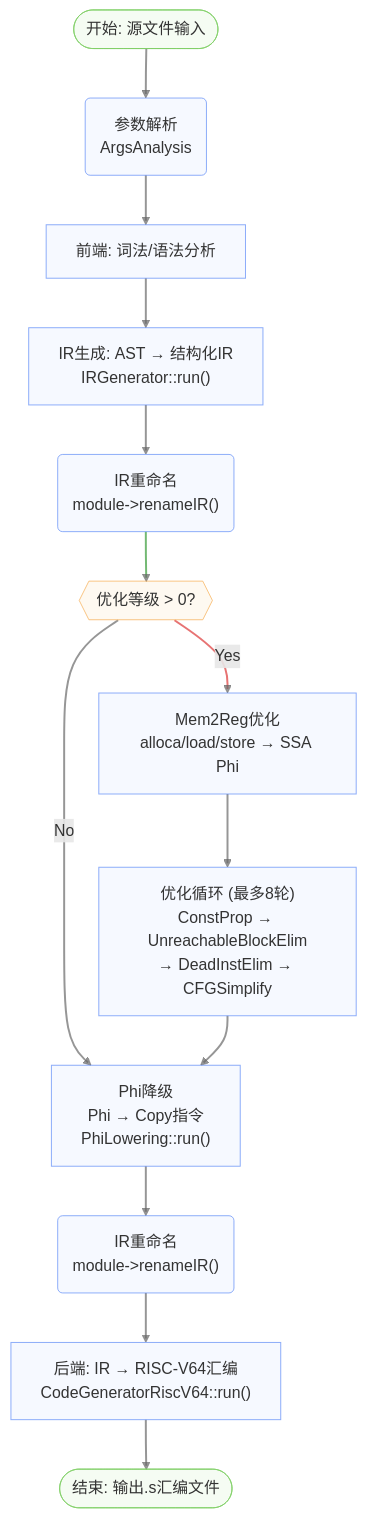
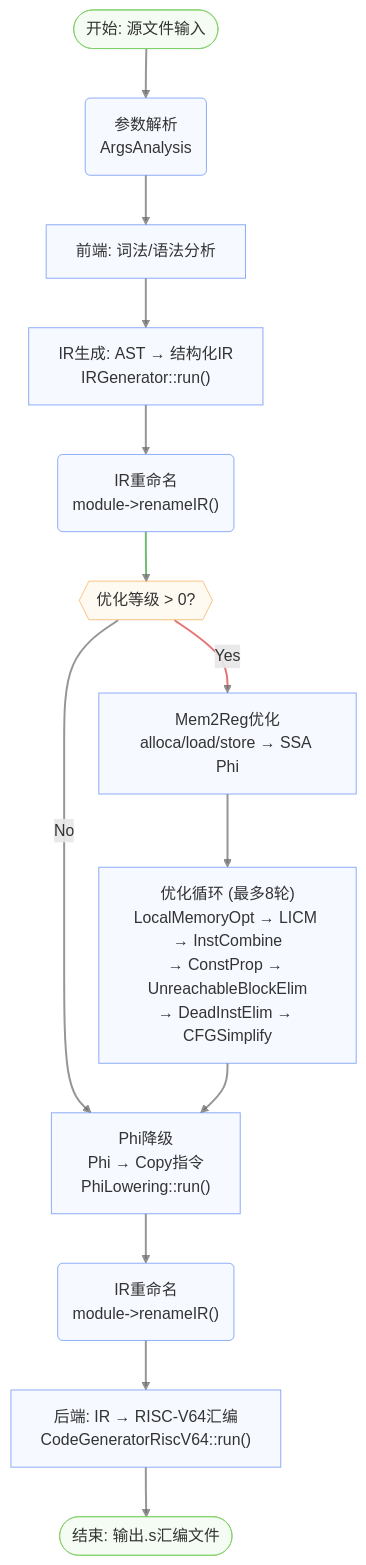
Before and after one commit to LLLLLLLLazy/compiler-lite: the first of 4 diagrams in docs/backend-overview.md, drawn with Mermaid. The commit also changed other lines of this file and 19 other files, not shown here.

````diff
--- a/docs/backend-overview.md
+++ b/docs/backend-overview.md
@@ -5,31 +5,31 @@
 ```mermaid
 flowchart TD
     Start(["开始: 源文件输入"]) --> ArgsParse("参数解析<br>ArgsAnalysis")
     ArgsParse --> FrontEnd["前端: 词法/语法分析"]
     FrontEnd --> AST2IR["IR生成: AST → 结构化IR<br>IRGenerator::run()"]
     AST2IR --> Rename1("IR重命名<br>module->renameIR()")
 
     Rename1 --> OptCheck{{"优化等级 > 0?"}}
     OptCheck -- "Yes" --> Mem2Reg["Mem2Reg优化<br>alloca/load/store → SSA Phi"]
     OptCheck -- "No" --> PhiLower
-    Mem2Reg --> OptLoop["优化循环 (最多8轮)<br>ConstProp → UnreachableBlockElim<br>→ DeadInstElim → CFGSimplify"]
+    Mem2Reg --> OptLoop["优化循环 (最多8轮)<br>LocalMemoryOpt → LICM → InstCombine<br>→ ConstProp → UnreachableBlockElim<br>→ DeadInstElim → CFGSimplify"]
     OptLoop --> PhiLower["Phi降级<br>Phi → Copy指令<br>PhiLowering::run()"]
 
     PhiLower --> Rename2("IR重命名<br>module->renameIR()")
     Rename2 --> Backend["后端: IR → RISC-V64汇编<br>CodeGeneratorRiscV64::run()"]
     Backend --> End(["结束: 输出.s汇编文件"])
 
     %%Node styles
     classDef default fill:#E2EAFE4F,stroke:#5A88F6AF
     classDef endNode fill:#DDF4D84F,stroke:#7DCF62AF
     classDef decisionNode fill:#FCEBD34f,stroke:#F6AA4BAF
 
     %%Link styles
     linkStyle default stroke:#666666AF,stroke-width:2px
     linkStyle 4 stroke:#339933AF,stroke-width:2px
     linkStyle 5 stroke:#DD3333AF,stroke-width:2px
 
     %%Node classes
     class Start,End endNode
     class OptCheck decisionNode
 ```
````
